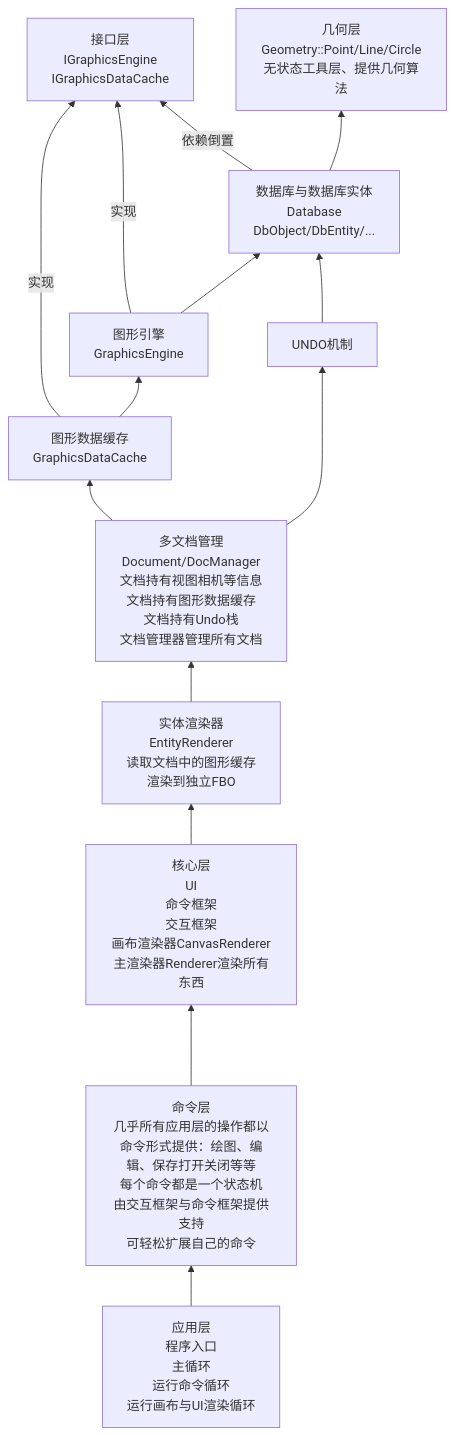
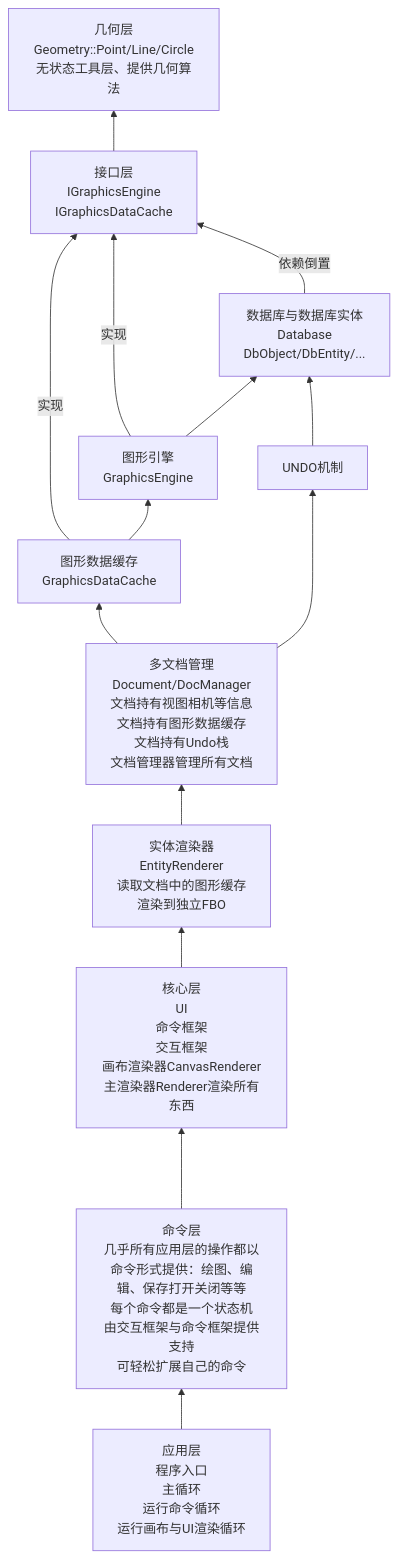
The diagram in Docs/CoreDesign.md (tch0/CadToy), drawn with Mermaid before and after one commit. The commit also changed other lines of this file and 3 other files, not shown here.

````diff
--- a/Docs/CoreDesign.md
+++ b/Docs/CoreDesign.md
@@ -43,29 +43,28 @@
 ```mermaid
 graph BT
     GEO[几何层<br/>Geometry::Point/Line/Circle<br/>无状态工具层、提供几何算法]
     INTERFACE[接口层<br/>IGraphicsEngine<br/>IGraphicsDataCache]
     DB[数据库与数据库实体<br/>Database<br/>DbObject/DbEntity/...]
     GE[图形引擎<br/>GraphicsEngine]
     GECACHE[图形数据缓存<br/>GraphicsDataCache]
     UNDO[UNDO机制]
     DOC[多文档管理<br/>Document/DocManager<br/>文档持有视图相机等信息<br/>文档持有图形数据缓存<br/>文档持有Undo栈<br/>文档管理器管理所有文档]
     RENDER[实体渲染器<br/>EntityRenderer<br/>读取文档中的图形缓存<br/>渲染到独立FBO]
     CORE[核心层<br/>UI<br/>命令框架<br/>交互框架<br/>画布渲染器CanvasRenderer<br/>主渲染器Renderer渲染所有东西]
     COMMAND[命令层<br/>几乎所有应用层的操作都以命令形式提供：绘图、编辑、保存打开关闭等等<br/>每个命令都是一个状态机<br/>由交互框架与命令框架提供支持<br/>可轻松扩展自己的命令]
     APP[应用层<br/>程序入口<br/>主循环<br/>运行命令循环<br/>运行画布与UI渲染循环]
 
-    
+    INTERFACE --> GEO
     DB -- 依赖倒置 --> INTERFACE
-    DB --> GEO
     GE -- 实现 --> INTERFACE
     GECACHE -- 实现 --> INTERFACE
     GE --> DB
     GECACHE --> GE
     UNDO --> DB
     DOC --> GECACHE
     DOC --> UNDO
     RENDER --> DOC
     CORE --> RENDER
     COMMAND ---> CORE
     APP --> COMMAND
 ```
````
